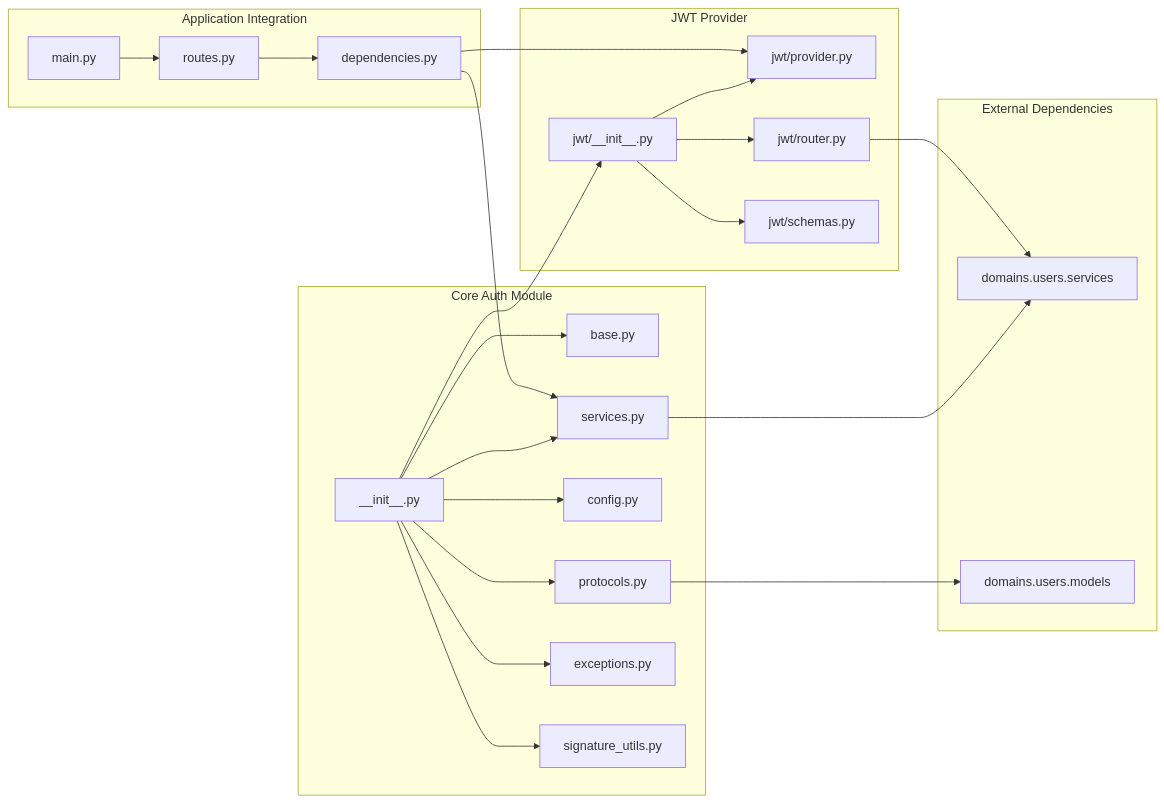
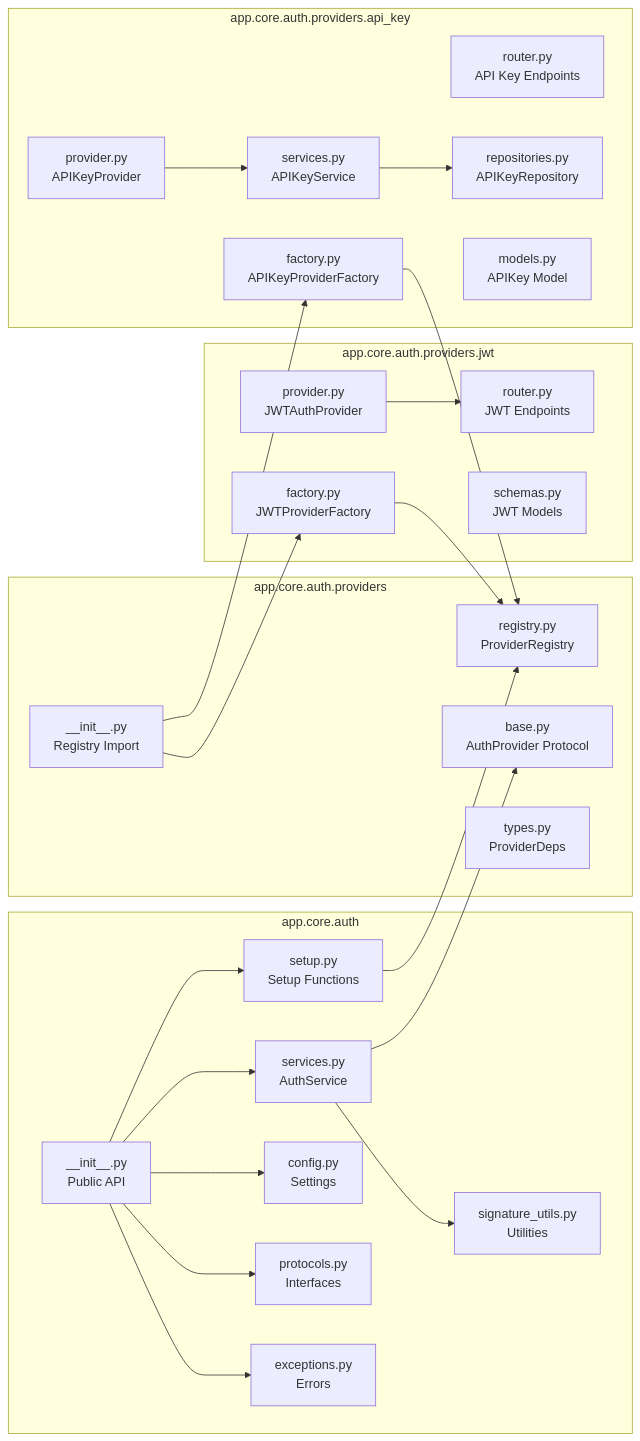
Before and after one commit to brokdar/fastapi-template: the second of 6 diagrams in backend/app/core/auth/README.md, drawn with Mermaid. The commit also changed other lines of this file and 9 other files, not shown here.

First line of the commit message:
Add typed provider factory dependencies (#8)

````diff
--- a/backend/app/core/auth/README.md
+++ b/backend/app/core/auth/README.md
@@ -118,31 +140,51 @@
 ```mermaid
 graph LR
-    subgraph "Core Auth Module"
-        Init[__init__.py] --> Base[base.py]
-        Init --> Services[services.py]
-        Init --> Config[config.py]
-        Init --> Protocols[protocols.py]
-        Init --> Exceptions[exceptions.py]
-        Init --> Utils[signature_utils.py]
+    subgraph "app.core.auth"
+        __init__[__init__.py<br/>Public API]
+        services[services.py<br/>AuthService]
+        setup[setup.py<br/>Setup Functions]
+        config[config.py<br/>Settings]
+        protocols[protocols.py<br/>Interfaces]
+        exceptions[exceptions.py<br/>Errors]
+        signature[signature_utils.py<br/>Utilities]
     end
 
-    subgraph "JWT Provider"
-        Init --> JWTInit[jwt/__init__.py]
-        JWTInit --> JWTProvider[jwt/provider.py]
-        JWTInit --> JWTRouter[jwt/router.py]
-        JWTInit --> JWTSchemas[jwt/schemas.py]
+    subgraph "app.core.auth.providers"
+        providers_init[__init__.py<br/>Registry Import]
+        registry[registry.py<br/>ProviderRegistry]
+        base[base.py<br/>AuthProvider Protocol]
+        types[types.py<br/>ProviderDeps]
     end
 
-    subgraph "External Dependencies"
-        Services --> UserService[domains.users.services]
-        JWTRouter --> UserService
-        Protocols --> UserModel[domains.users.models]
+    subgraph "app.core.auth.providers.jwt"
+        jwt_provider[provider.py<br/>JWTAuthProvider]
+        jwt_factory[factory.py<br/>JWTProviderFactory]
+        jwt_router[router.py<br/>JWT Endpoints]
+        jwt_schemas[schemas.py<br/>JWT Models]
     end
 
-    subgraph "Application Integration"
-        App[main.py] --> Routes[routes.py]
-        Routes --> Deps[dependencies.py]
-        Deps --> Services
-        Deps --> JWTProvider
+    subgraph "app.core.auth.providers.api_key"
+        apikey_provider[provider.py<br/>APIKeyProvider]
+        apikey_factory[factory.py<br/>APIKeyProviderFactory]
+        apikey_router[router.py<br/>API Key Endpoints]
+        apikey_service[services.py<br/>APIKeyService]
+        apikey_repo[repositories.py<br/>APIKeyRepository]
+        apikey_models[models.py<br/>APIKey Model]
     end
+
+    __init__ --> services
+    __init__ --> setup
+    __init__ --> config
+    __init__ --> protocols
+    __init__ --> exceptions
+    services --> base
+    services --> signature
+    setup --> registry
+    providers_init --> jwt_factory
+    providers_init --> apikey_factory
+    jwt_factory --> registry
+    apikey_factory --> registry
+    jwt_provider --> jwt_router
+    apikey_provider --> apikey_service
+    apikey_service --> apikey_repo
 ```
````
